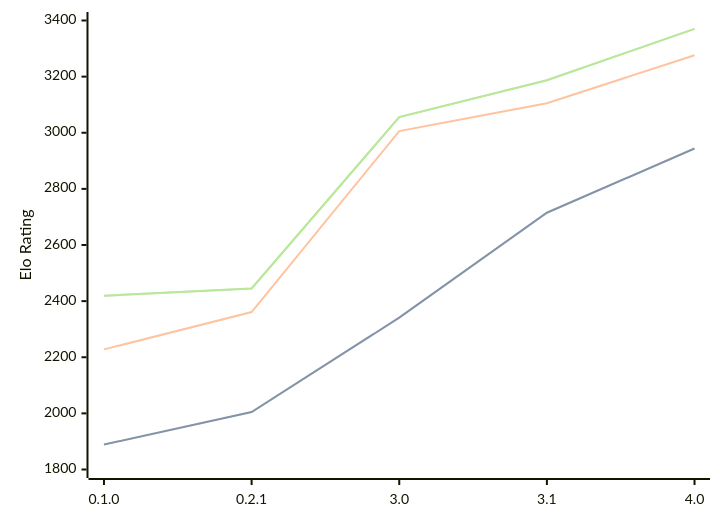
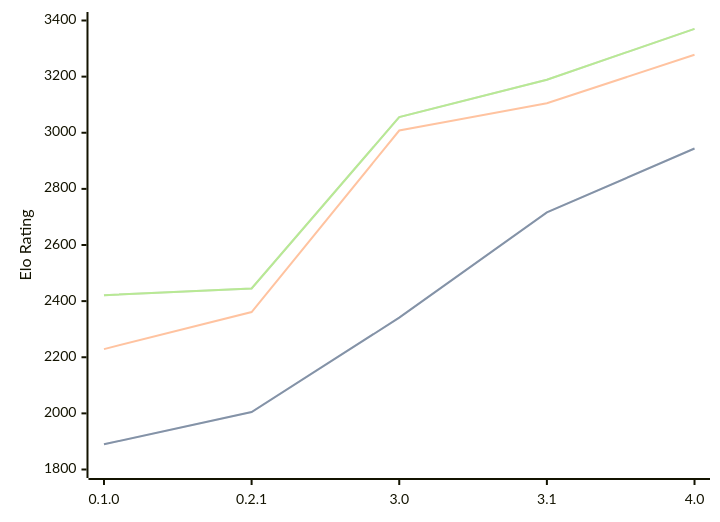
The diagram in engines/Sykora.md (computer-chess-index/cci), drawn with Mermaid before and after one commit. The commit also changed other lines of this file, not shown here.

Commit message:
Update CCI Ratings (ELO VLTC) - 2026-09-14

````diff
--- a/engines/Sykora.md
+++ b/engines/Sykora.md
@@ -36,11 +36,11 @@
 ```mermaid
 %%{init: {"theme":"base","themeVariables":{"seriesColors:['#a3a3a3','#222221','#faa371']}}}%%
 xychart-beta
   x-axis ["0.1.0", "0.2.1", "3.0", "3.1", "4.0"]
   y-axis "Elo Rating" 1800 --> 3400
-  line "" [1889, 2005, 2341, 2715, 2944]
-  line "STC (8.0+0.08s)" [1889, 2005, 2341, 2715, 2944]
-  line "LTC (60.0+0.60s)" [2228, 2361, 3006, 3105, 3276]
-  line "" [2419, 2445, 3056, 3187, 3370]
-  line "VLTC (2m24s+1.12s)" [2419, 2445, 3056, 3187, 3370]
+  line "" [1890, 2005, 2341, 2716, 2944]
+  line "STC (8.0+0.08s)" [1890, 2005, 2341, 2716, 2944]
+  line "LTC (60.0+0.60s)" [2229, 2361, 3008, 3105, 3278]
+  line "" [2421, 2445, 3056, 3189, 3370]
+  line "VLTC (2m24s+1.12s)" [2421, 2445, 3056, 3189, 3370]
 ```
````
